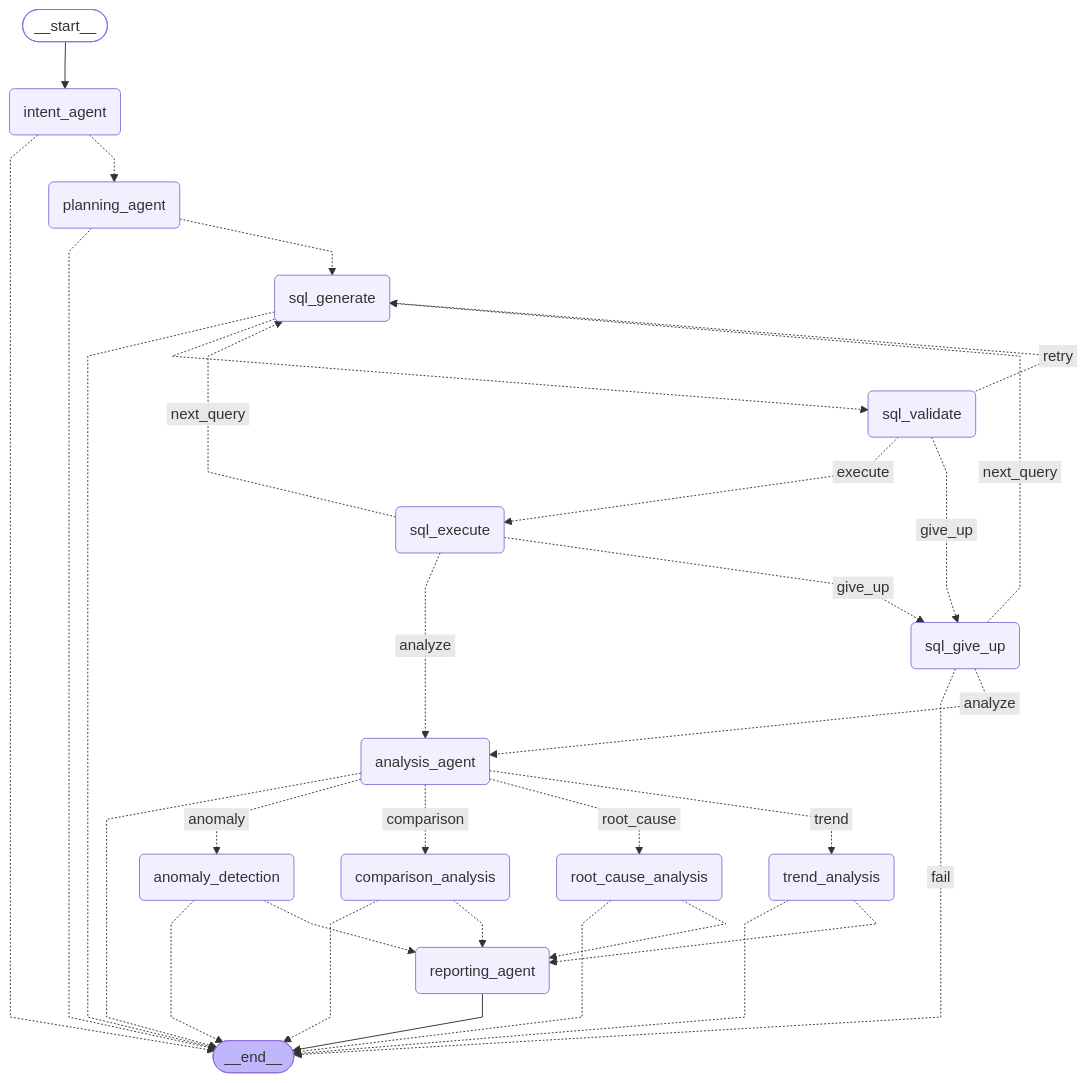
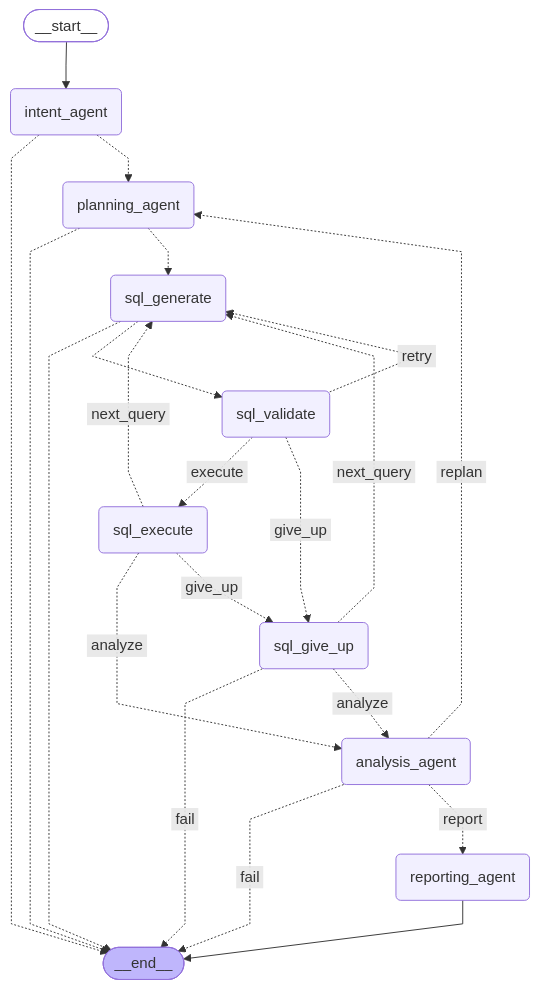
One commit to ayushkrpvt/Multi-Agent-Data-Analysis changed the diagram in docs/ARCHITECTURE.md. Above: the diagram before and after it, drawn with Mermaid. The commit also changed other lines of this file and 54 other files, not shown here.

First line of the commit message:
Native tool calling, intent guardrails, single-node analysis agent with re-plan loop

````diff
--- a/docs/ARCHITECTURE.md
+++ b/docs/ARCHITECTURE.md
@@ -44,55 +48,41 @@
 ```mermaid
 ---
 config:
   flowchart:
     curve: linear
 ---
 graph TD;
 	__start__([<p>__start__</p>]):::first
 	intent_agent(intent_agent)
 	planning_agent(planning_agent)
 	sql_generate(sql_generate)
 	sql_validate(sql_validate)
 	sql_execute(sql_execute)
 	sql_give_up(sql_give_up)
 	analysis_agent(analysis_agent)
-	trend_analysis(trend_analysis)
-	comparison_analysis(comparison_analysis)
-	root_cause_analysis(root_cause_analysis)
-	anomaly_detection(anomaly_detection)
 	reporting_agent(reporting_agent)
 	__end__([<p>__end__</p>]):::last
 	__start__ --> intent_agent;
-	analysis_agent -.-> __end__;
-	analysis_agent -. &nbsp;anomaly&nbsp; .-> anomaly_detection;
-	analysis_agent -. &nbsp;comparison&nbsp; .-> comparison_analysis;
-	analysis_agent -. &nbsp;root_cause&nbsp; .-> root_cause_analysis;
-	analysis_agent -. &nbsp;trend&nbsp; .-> trend_analysis;
-	anomaly_detection -.-> __end__;
-	anomaly_detection -.-> reporting_agent;
-	comparison_analysis -.-> __end__;
-	comparison_analysis -.-> reporting_agent;
+	analysis_agent -. &nbsp;fail&nbsp; .-> __end__;
+	analysis_agent -. &nbsp;replan&nbsp; .-> planning_agent;
+	analysis_agent -. &nbsp;report&nbsp; .-> reporting_agent;
 	intent_agent -.-> __end__;
 	intent_agent -.-> planning_agent;
 	planning_agent -.-> __end__;
 	planning_agent -.-> sql_generate;
-	root_cause_analysis -.-> __end__;
-	root_cause_analysis -.-> reporting_agent;
 	sql_execute -. &nbsp;analyze&nbsp; .-> analysis_agent;
 	sql_execute -. &nbsp;next_query&nbsp; .-> sql_generate;
 	sql_execute -. &nbsp;give_up&nbsp; .-> sql_give_up;
 	sql_generate -.-> __end__;
 	sql_generate -.-> sql_validate;
 	sql_give_up -. &nbsp;fail&nbsp; .-> __end__;
 	sql_give_up -. &nbsp;analyze&nbsp; .-> analysis_agent;
 	sql_give_up -. &nbsp;next_query&nbsp; .-> sql_generate;
 	sql_validate -. &nbsp;execute&nbsp; .-> sql_execute;
 	sql_validate -. &nbsp;retry&nbsp; .-> sql_generate;
 	sql_validate -. &nbsp;give_up&nbsp; .-> sql_give_up;
-	trend_analysis -.-> __end__;
-	trend_analysis -.-> reporting_agent;
 	reporting_agent --> __end__;
 	classDef default fill:#f2f0ff,line-height:1.2
 	classDef first fill-opacity:0
 	classDef last fill:#bfb6fc
 ```
````
